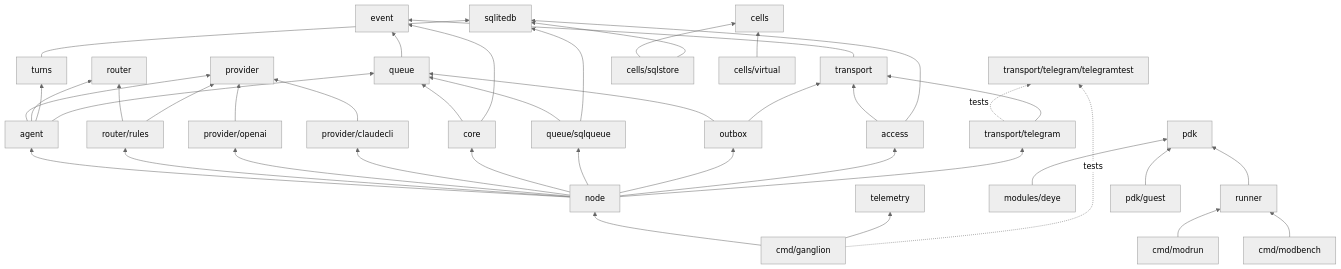
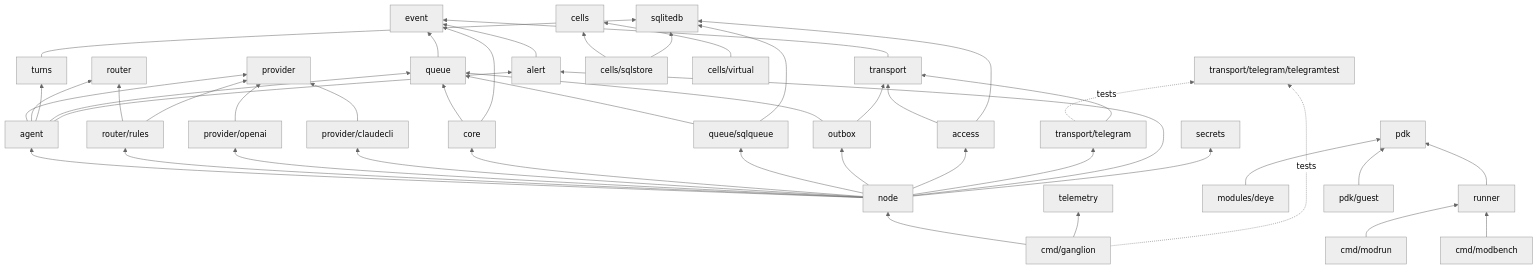
One commit to igorrius/ganglion changed the diagram in docs/architecture/05-code-map.md. Above: the diagram before and after it, drawn with Mermaid (neutral theme). The commit also changed other lines of this file and 36 other files, not shown here.

First line of the commit message:
internal, alert, secrets: one source for shared knowledge

````diff
--- a/docs/architecture/05-code-map.md
+++ b/docs/architecture/05-code-map.md
@@ -52,51 +55,55 @@
 ```mermaid
 flowchart BT
     event["event"]
     transport["transport"] --> event
     queue["queue"] --> event
     provider["provider"]
     router["router"]
     openaip["provider/openai"] --> provider
     claudecli["provider/claudecli"] --> provider
     rulesp["router/rules"] --> router
     rulesp --> provider
     turnsp["turns"] --> sqlitedb
     agentp["agent"] --> provider
     agentp --> router
     agentp --> turnsp
     agentp --> queue
     node --> agentp
     node --> rulesp
     node --> openaip
     node --> claudecli
     node["node"]
     cmd["cmd/ganglion"] --> node
     cmd --> telemetryp["telemetry"]
     corep["core"] --> queue
     corep --> event
     tgtest["transport/telegram/telegramtest"]
     tgp -. tests .-> tgtest
     cmd -. tests .-> tgtest
     node --> corep
     node --> sqlqueue
     node --> outboxp
     node --> accessp
     node --> tgp["transport/telegram"]
     tgp --> transport
     pdk["pdk"]
     deye["modules/deye"] --> pdk
     runner["runner"] --> pdk
     modrun["cmd/modrun"] --> runner
     modbench["cmd/modbench"] --> runner
     guest["pdk/guest"] --> pdk
     cellsp["cells"]
     sqlstore["cells/sqlstore"] --> cellsp
     sqlstore --> sqlitedb["sqlitedb"]
     virtualb["cells/virtual"] --> cellsp
     sqlqueue["queue/sqlqueue"] --> queue
     sqlqueue --> sqlitedb
     outboxp["outbox"] --> queue
     outboxp --> transport
     accessp["access"] --> transport
     accessp --> sqlitedb
+    alertp["alert"] --> event
+    agentp --> alertp
+    node --> alertp
+    node --> secretsp["secrets"]
 ```
````
